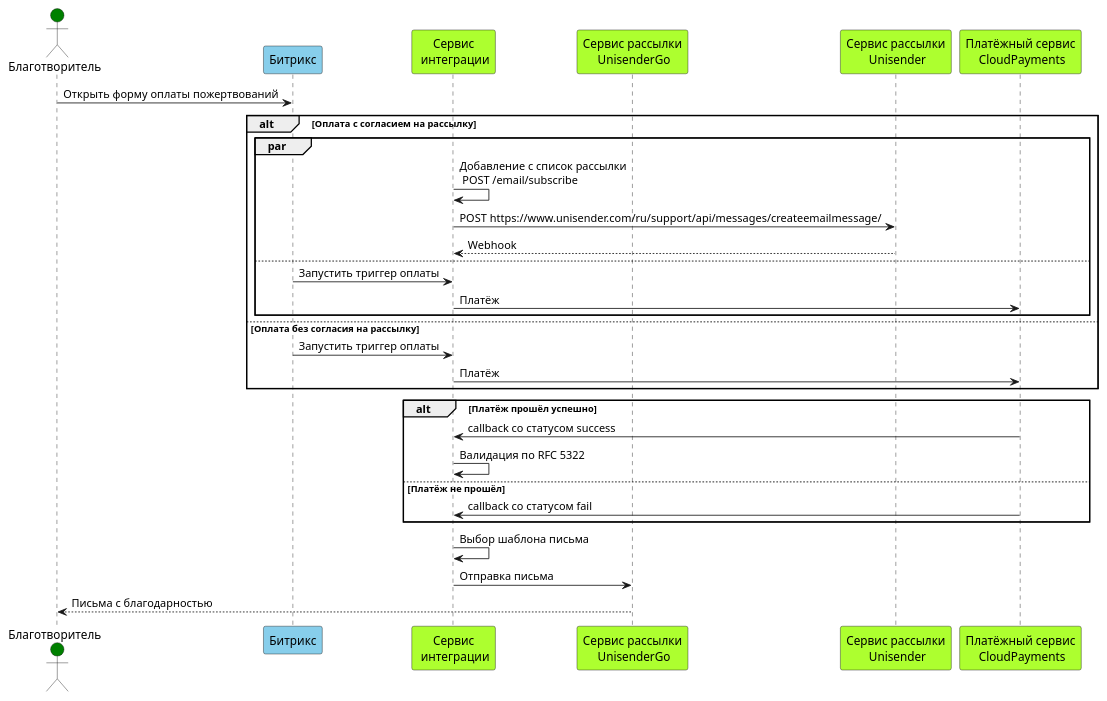
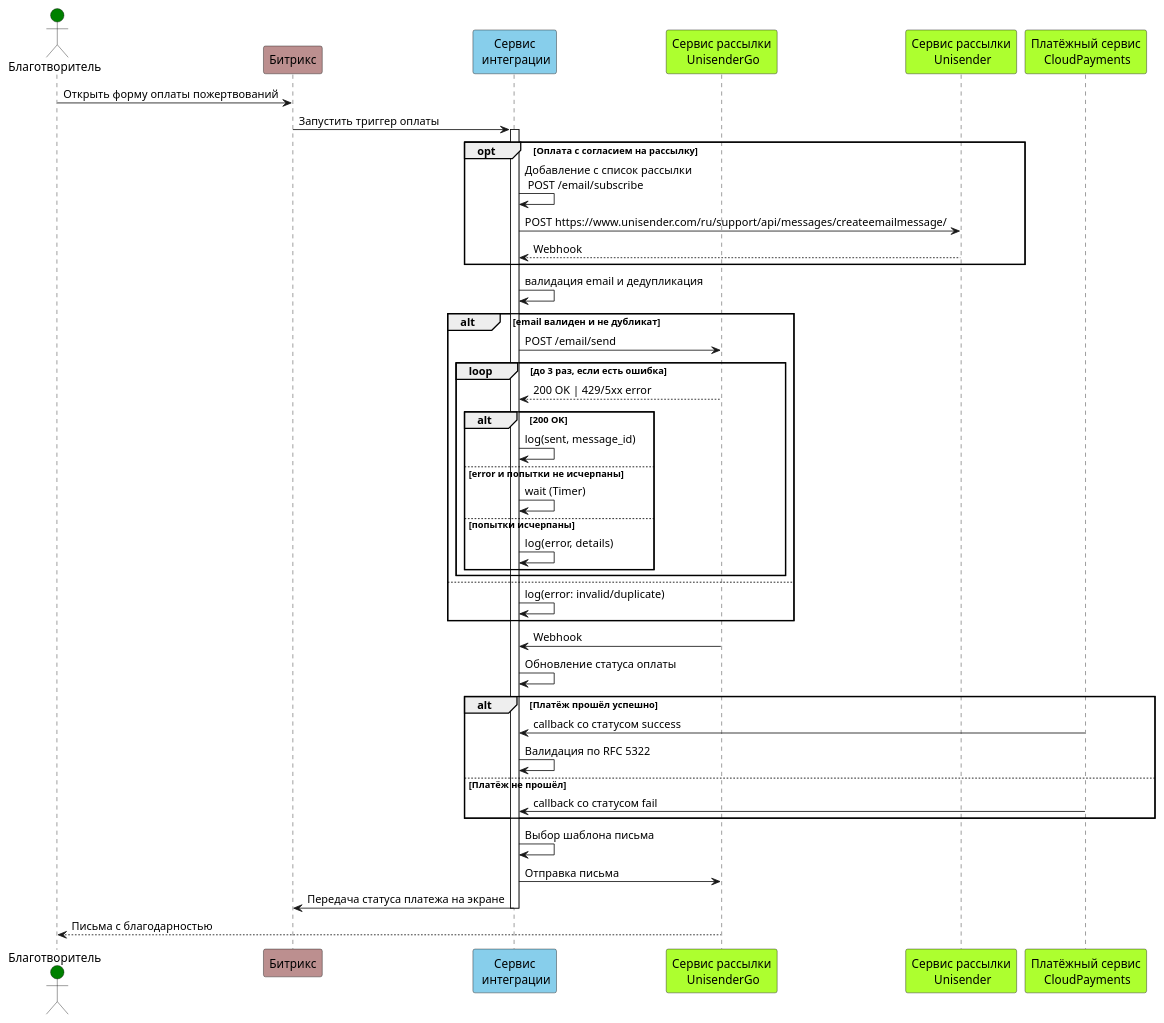
One commit to trofimovelijah/mayak_integration_service changed the diagram in SequenceDiagram/sequenceDiagramDonat.puml. Above: the diagram before and after it, drawn with PlantUML. The commit also changed 6 other files, not shown here.

```diff
--- a/SequenceDiagram/sequenceDiagramDonat.puml
+++ b/SequenceDiagram/sequenceDiagramDonat.puml
@@ -1,39 +1,54 @@
 @startuml Donation
 
 ' Определение участников диаграммы
 actor "Благотворитель" as Donor #Green
-participant "Битрикс" as Bitrix #SkyBlue
-participant "Сервис\n интеграции" as IntService #GreenYellow
+participant "Битрикс" as Bitrix #RosyBrown
+participant "Сервис\n интеграции" as IntService #SkyBlue
 participant "Сервис рассылки\n UnisenderGo" as UnisenderGo #GreenYellow
 participant "Сервис рассылки\n Unisender" as Unisender #GreenYellow
 participant "Платёжный сервис\n CloudPayments" as CloudPayments #GreenYellow
 
 ' Описание последовательности сообщений
 Donor -> Bitrix: Открыть форму оплаты пожертвований
+Bitrix -> IntService: Запустить триггер оплаты
+activate IntService
+    opt Оплата с согласием на рассылку
+        IntService -> IntService: Добавление с список рассылки\n POST /email/subscribe
+        IntService -> Unisender: POST https://www.unisender.com/ru/support/api/messages/createemailmessage/
+        Unisender --> IntService: Webhook
+    end
+IntService -> IntService: валидация email и дедупликация
+alt email валиден и не дубликат
+    IntService -> UnisenderGo: POST /email/send
+    loop до 3 раз, если есть ошибка
+        UnisenderGo --> IntService: 200 OK | 429/5xx error
+        alt 200 OK
+            IntService -> IntService: log(sent, message_id)
+        else error и попытки не исчерпаны
+            IntService -> IntService: wait (Timer)
+        else попытки исчерпаны
+            IntService -> IntService: log(error, details)
+        end
+    end
+else
+    IntService -> IntService: log(error: invalid/duplicate)
+end
 
-    alt Оплата с согласием на рассылку
-        par 
-            IntService -> IntService: Добавление с список рассылки\n POST /email/subscribe
-            IntService -> Unisender: POST https://www.unisender.com/ru/support/api/messages/createemailmessage/
-            Unisender --> IntService: Webhook
-        else
-            Bitrix -> IntService: Запустить триггер оплаты
-            IntService -> CloudPayments: Платёж
-        end
-    else Оплата без согласия на рассылку
-        Bitrix -> IntService: Запустить триггер оплаты
-        IntService -> CloudPayments: Платёж
-    end
+UnisenderGo -> IntService: Webhook
+IntService -> IntService: Обновление статуса оплаты
+
 
 alt Платёж прошёл успешно
     CloudPayments -> IntService: callback со статусом success
     IntService -> IntService: Валидация по RFC 5322
 else Платёж не прошёл
     CloudPayments -> IntService: callback со статусом fail
 end
 
 IntService -> IntService: Выбор шаблона письма
 IntService -> UnisenderGo: Отправка письма
+IntService -> Bitrix: Передача статуса платежа на экране
+deactivate
 UnisenderGo --> Donor: Письма с благодарностью
 
 @enduml
```
